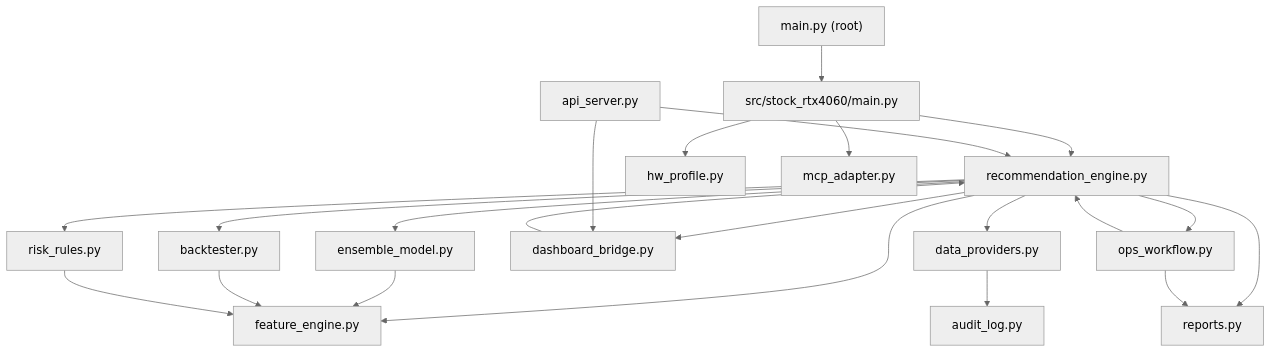
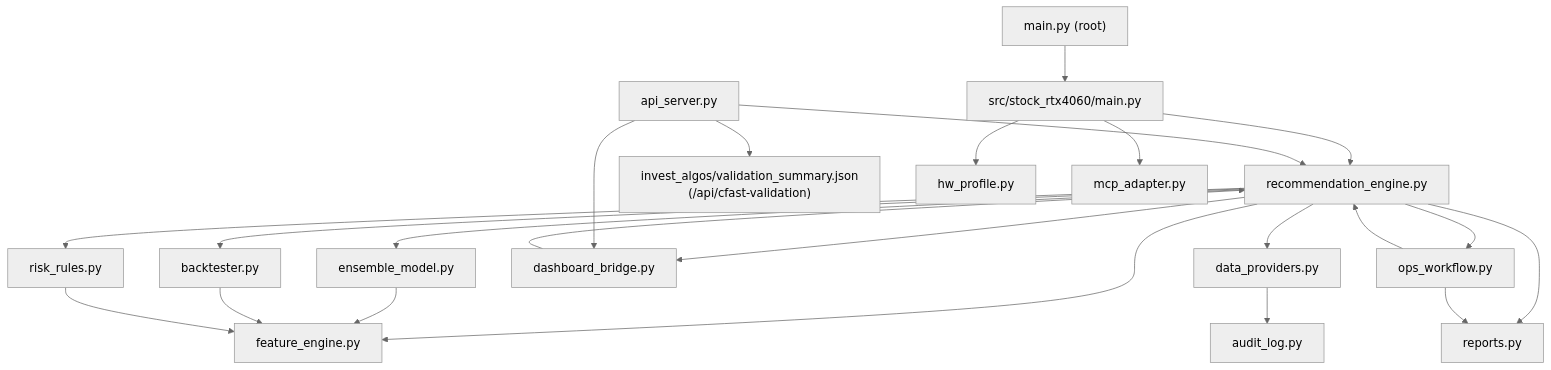
One commit to macho715/stock_hermes changed diagram 11 of 25 in docs/SYSTEM_ARCHITECTURE.md. Above: the diagram before and after it, drawn with Mermaid (neutral theme). The commit also changed other lines of this file, not shown here.

First line of the commit message:
docs(arch): SYSTEM_ARCHITECTURE 본문 C_fast 2026-05-31 전면 반영

````diff
--- a/docs/SYSTEM_ARCHITECTURE.md
+++ b/docs/SYSTEM_ARCHITECTURE.md
@@ -471,24 +477,25 @@
 ```mermaid
 graph TD
     main.py["main.py (root)"] --> src_cli["src/stock_rtx4060/main.py"]
     src_cli --> recommendation_engine.py
     recommendation_engine.py --> feature_engine.py
     recommendation_engine.py --> ensemble_model.py
     recommendation_engine.py --> backtester.py
     recommendation_engine.py --> risk_rules.py
     recommendation_engine.py --> dashboard_bridge.py
     recommendation_engine.py --> data_providers.py
     recommendation_engine.py --> reports.py
     recommendation_engine.py --> ops_workflow.py
     ensemble_model.py --> feature_engine.py
     backtester.py --> feature_engine.py
     risk_rules.py --> feature_engine.py
     dashboard_bridge.py --> recommendation_engine.py
     data_providers.py --> audit_log.py
     api_server.py --> recommendation_engine.py
     api_server.py --> dashboard_bridge.py
+    api_server.py --> invest_algos_validation["invest_algos/validation_summary.json\n(/api/cfast-validation)"]
     ops_workflow.py --> recommendation_engine.py
     ops_workflow.py --> reports.py
     src_cli --> hw_profile.py
     src_cli --> mcp_adapter.py
 ```
````
